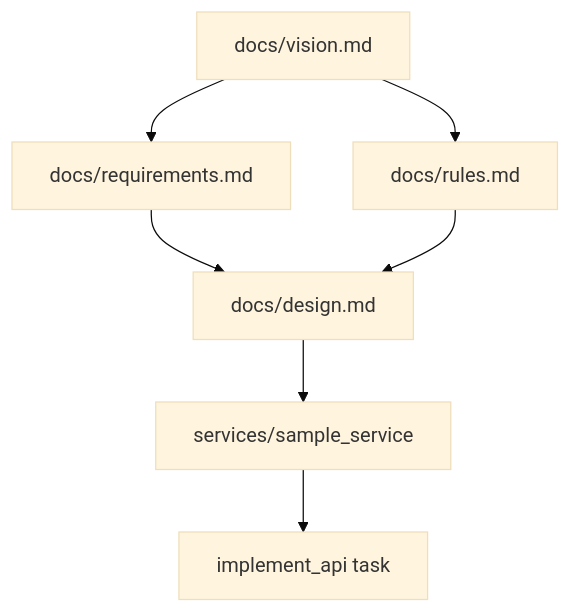
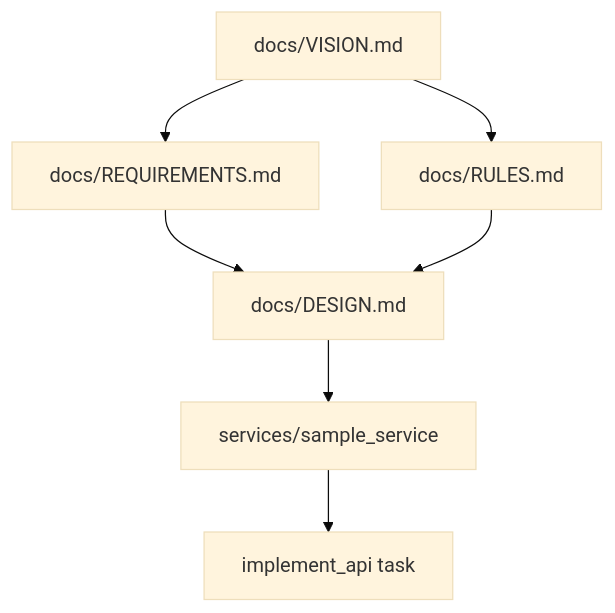
The diagram in hub/meta/graph.mmd (yousef22609/context-hive), drawn with Mermaid (base theme) before and after one commit. The commit also changed 51 other files, not shown here.

```diff
--- a/hub/meta/graph.mmd
+++ b/hub/meta/graph.mmd
@@ -1,7 +1,7 @@
 graph TD
-    A[docs/vision.md] --> B[docs/requirements.md]
-    B --> C[docs/design.md]
-    D[docs/rules.md] --> C
+    A[docs/VISION.md] --> B[docs/REQUIREMENTS.md]
+    B --> C[docs/DESIGN.md]
+    D[docs/RULES.md] --> C
     A --> D
     C --> E[services/sample_service]
     E --> F[implement_api task]
```
